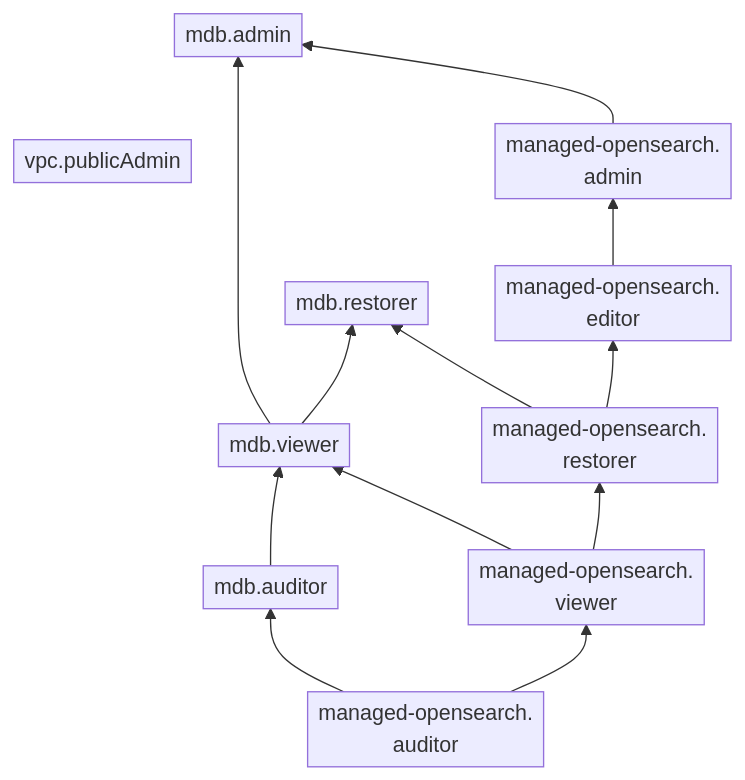
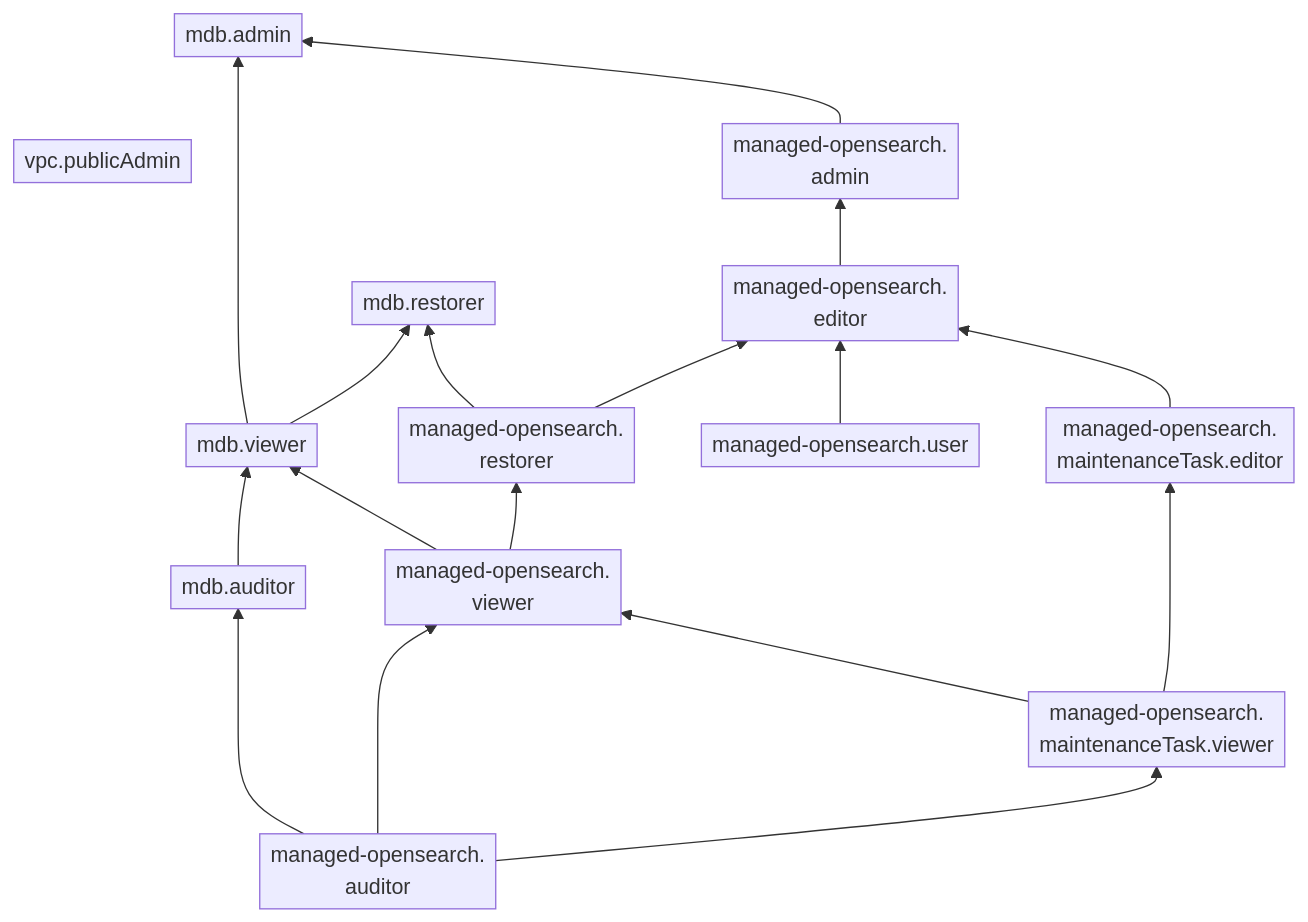
One commit to yandex-cloud/docs changed the diagram in ru/_mermaid/roles/managed-opensearch.md. Above: the diagram before and after it, drawn with Mermaid. The commit also changed 584 other files, not shown here.

````diff
--- a/ru/_mermaid/roles/managed-opensearch.md
+++ b/ru/_mermaid/roles/managed-opensearch.md
@@ -1,21 +1,28 @@
 ```mermaid
 %%{init: { "flowchart": { "padding": 4 } } }%%
 flowchart BT
     vpc.publicAdmin ~~~ mdb.admin
     mdb.viewer --> mdb.admin
     mdb.auditor --> mdb.viewer
     mdb.viewer --> mdb.restorer
     managed-opensearch.auditor["`managed-opensearch.
     auditor`"] --> mdb.auditor
     managed-opensearch.viewer["`managed-opensearch.
     viewer`"] --> mdb.viewer
     managed-opensearch.restorer["`managed-opensearch.
     restorer`"] --> mdb.restorer
     managed-opensearch.admin["`managed-opensearch.
     admin`"] --> mdb.admin
+    managed-opensearch.user --> managed-opensearch.editor
     managed-opensearch.auditor --> managed-opensearch.viewer
     managed-opensearch.viewer --> managed-opensearch.restorer
     managed-opensearch.editor["`managed-opensearch.
     editor`"] --> managed-opensearch.admin
     managed-opensearch.restorer --> managed-opensearch.editor
+    managed-opensearch.maintenanceTask.editor --> managed-opensearch.editor
+    managed-opensearch.maintenanceTask.viewer --> managed-opensearch.viewer
+    managed-opensearch.maintenanceTask.viewer --> managed-opensearch.maintenanceTask.editor["`managed-opensearch.
+    maintenanceTask.editor`"]
+    managed-opensearch.auditor --> managed-opensearch.maintenanceTask.viewer["`managed-opensearch.
+    maintenanceTask.viewer`"]
 ```
````
